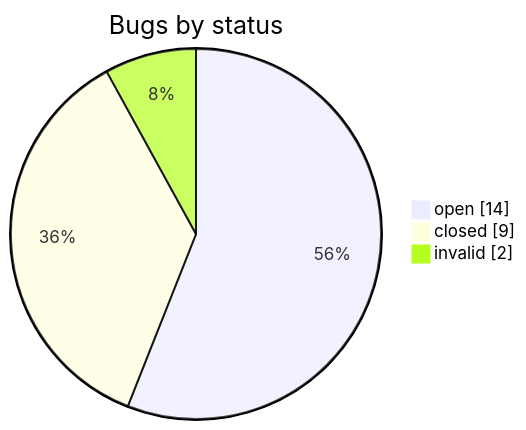
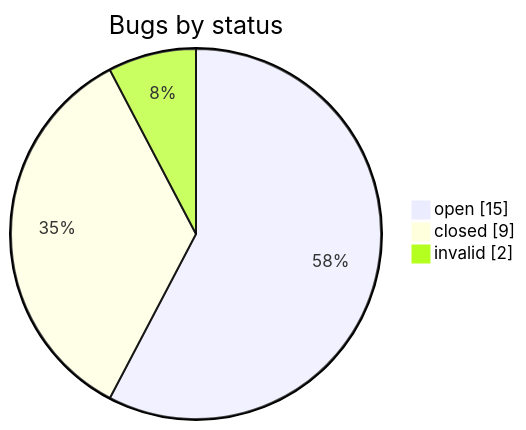
One commit to iammaxsu/automatic-testing-architecture changed the second of 2 diagrams in STATUS.md. Above: the diagram before and after it, drawn with Mermaid. The commit also changed other lines of this file and 5 other files, not shown here.

````diff
--- a/STATUS.md
+++ b/STATUS.md
@@ -162,6 +162,6 @@
 ```mermaid
 pie showData title Bugs by status
-    "open" : 14
+    "open" : 15
     "closed" : 9
     "invalid" : 2
 ```
````
